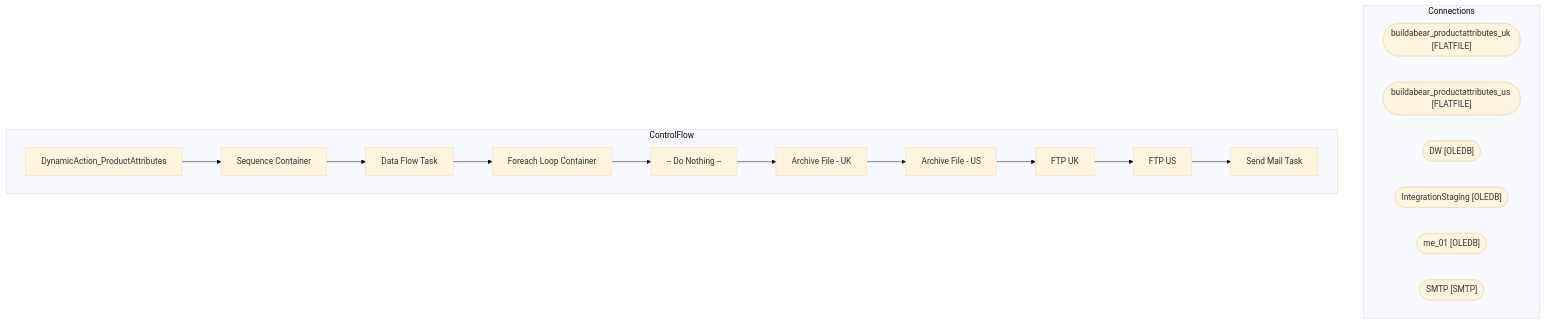
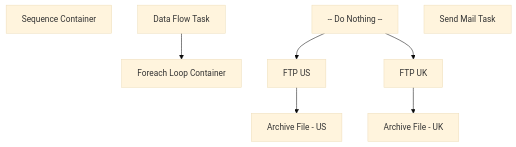
The diagram in bab-docs-explorer/Documentation/STL-SSIS-P-01/SSIS/WEB/DynamicAction_ProductAttributes.DynamicAction_ProductAttributes.md (juanandresbrain/BABSkills), drawn with Mermaid (base theme) before and after one commit. The commit also changed other lines of this file and 273 other files, not shown here.

````diff
--- a/bab-docs-explorer/Documentation/STL-SSIS-P-01/SSIS/WEB/DynamicAction_ProductAttributes.DynamicAction_ProductAttributes.md
+++ b/bab-docs-explorer/Documentation/STL-SSIS-P-01/SSIS/WEB/DynamicAction_ProductAttributes.DynamicAction_ProductAttributes.md
@@ -9,32 +49,17 @@
 ```mermaid
 flowchart TD
-    subgraph Connections
-        buildabear_productattributes_uk_conn(["buildabear_productattributes_uk [FLATFILE]"])
-        buildabear_productattributes_us_conn(["buildabear_productattributes_us [FLATFILE]"])
-        DW_conn(["DW [OLEDB]"])
-        IntegrationStaging_conn(["IntegrationStaging [OLEDB]"])
-        me_01_conn(["me_01 [OLEDB]"])
-        SMTP_conn(["SMTP [SMTP]"])
-    end
-    subgraph ControlFlow
-        DynamicAction_ProductAttributes_task["DynamicAction_ProductAttributes"]
-        Sequence_Container_task["Sequence Container"]
-        DynamicAction_ProductAttributes_task --> Sequence_Container_task
-        Data_Flow_Task_task["Data Flow Task"]
-        Sequence_Container_task --> Data_Flow_Task_task
-        Foreach_Loop_Container_task["Foreach Loop Container"]
-        Data_Flow_Task_task --> Foreach_Loop_Container_task
-        ___Do_Nothing____task["-- Do Nothing --"]
-        Foreach_Loop_Container_task --> ___Do_Nothing____task
-        Archive_File___UK_task["Archive File - UK"]
-        ___Do_Nothing____task --> Archive_File___UK_task
-        Archive_File___US_task["Archive File - US"]
-        Archive_File___UK_task --> Archive_File___US_task
-        FTP_UK_task["FTP UK"]
-        Archive_File___US_task --> FTP_UK_task
-        FTP_US_task["FTP US"]
-        FTP_UK_task --> FTP_US_task
-        Send_Mail_Task_task["Send Mail Task"]
-        FTP_US_task --> Send_Mail_Task_task
-    end
+    n_Package_Sequence_Container["Sequence Container"]
+    n_Package_Sequence_Container_Data_Flow_Task["Data Flow Task"]
+    n_Package_Sequence_Container_Foreach_Loop_Container["Foreach Loop Container"]
+    n_Package_Sequence_Container_Foreach_Loop_Container____Do_Nothing___["-- Do Nothing --"]
+    n_Package_Sequence_Container_Foreach_Loop_Container_Archive_File___UK["Archive File - UK"]
+    n_Package_Sequence_Container_Foreach_Loop_Container_Archive_File___US["Archive File - US"]
+    n_Package_Sequence_Container_Foreach_Loop_Container_FTP_UK["FTP UK"]
+    n_Package_Sequence_Container_Foreach_Loop_Container_FTP_US["FTP US"]
+    n_Package_EventHandlers_OnError__Send_Mail_Task["Send Mail Task"]
+    n_Package_Sequence_Container_Foreach_Loop_Container____Do_Nothing___ --> n_Package_Sequence_Container_Foreach_Loop_Container_FTP_US
+    n_Package_Sequence_Container_Foreach_Loop_Container____Do_Nothing___ --> n_Package_Sequence_Container_Foreach_Loop_Container_FTP_UK
+    n_Package_Sequence_Container_Foreach_Loop_Container_FTP_US --> n_Package_Sequence_Container_Foreach_Loop_Container_Archive_File___US
+    n_Package_Sequence_Container_Foreach_Loop_Container_FTP_UK --> n_Package_Sequence_Container_Foreach_Loop_Container_Archive_File___UK
+    n_Package_Sequence_Container_Data_Flow_Task --> n_Package_Sequence_Container_Foreach_Loop_Container
 ```
````
